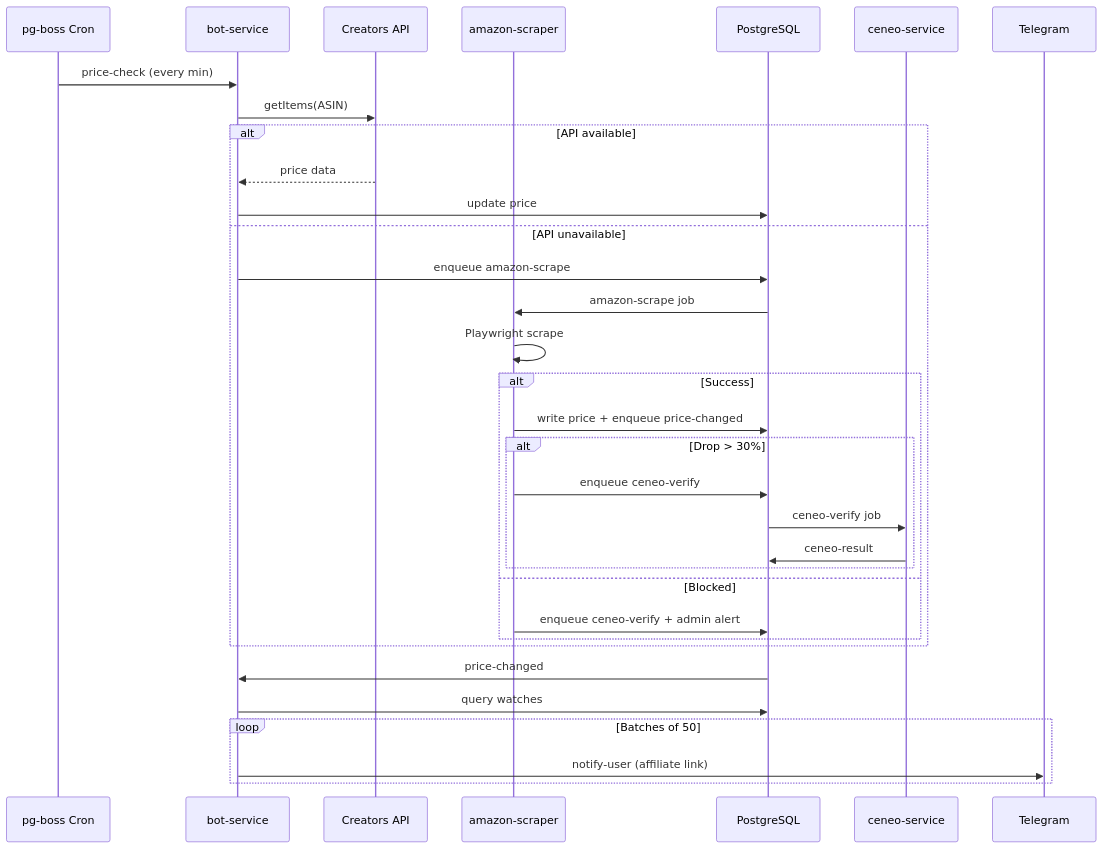
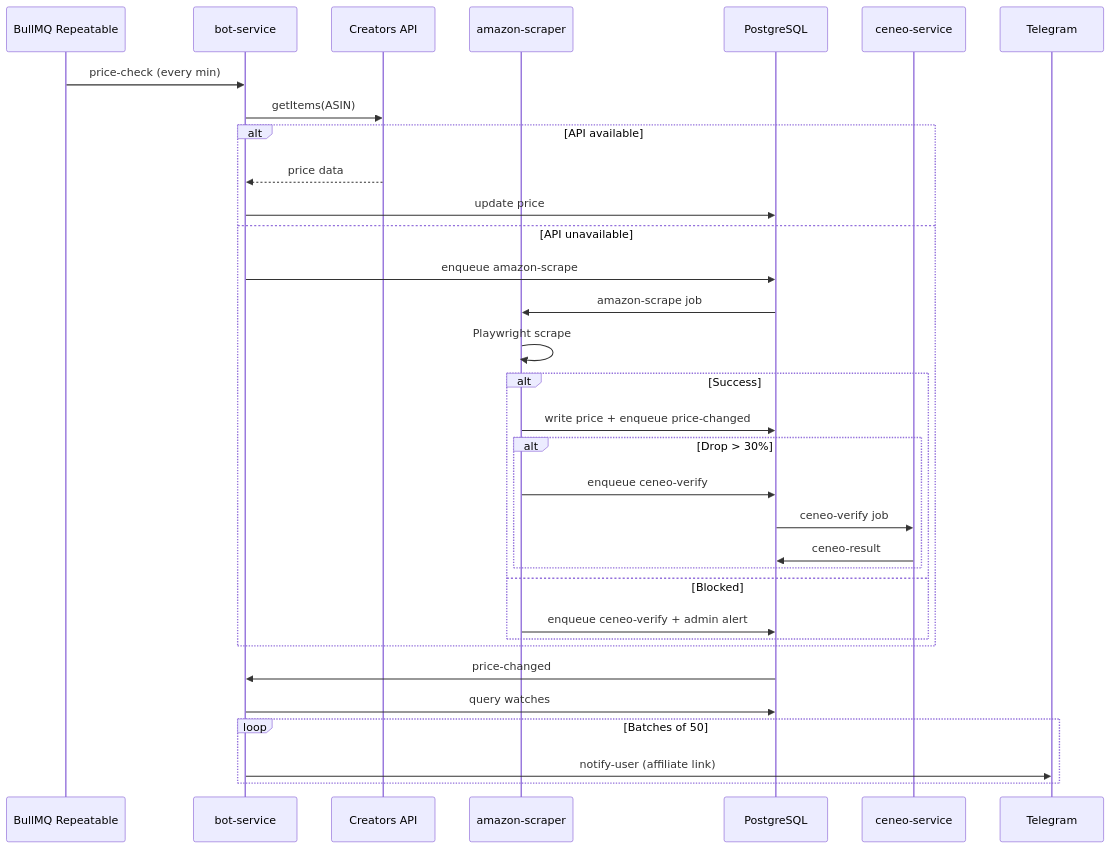
One commit to k0ff33/amazonpl-price-watch changed the fourth of 4 diagrams in docs/architecture.md. Above: the diagram before and after it, drawn with Mermaid. The commit also changed other lines of this file and 15 other files, not shown here.

First line of the commit message:
refactor: replace pg-boss with BullMQ + Redis

````diff
--- a/docs/architecture.md
+++ b/docs/architecture.md
@@ -100,36 +102,36 @@
 ```mermaid
 sequenceDiagram
-    participant Cron as pg-boss Cron
+    participant Cron as BullMQ Repeatable
     participant Bot as bot-service
     participant API as Creators API
     participant AS as amazon-scraper
     participant DB as PostgreSQL
     participant CS as ceneo-service
     participant TG as Telegram
 
     Cron->>Bot: price-check (every min)
     Bot->>API: getItems(ASIN)
     alt API available
         API-->>Bot: price data
         Bot->>DB: update price
     else API unavailable
         Bot->>DB: enqueue amazon-scrape
         DB->>AS: amazon-scrape job
         AS->>AS: Playwright scrape
         alt Success
             AS->>DB: write price + enqueue price-changed
             alt Drop > 30%
                 AS->>DB: enqueue ceneo-verify
                 DB->>CS: ceneo-verify job
                 CS->>DB: ceneo-result
             end
         else Blocked
             AS->>DB: enqueue ceneo-verify + admin alert
         end
     end
     DB->>Bot: price-changed
     Bot->>DB: query watches
     loop Batches of 50
         Bot->>TG: notify-user (affiliate link)
     end
 ```
````
